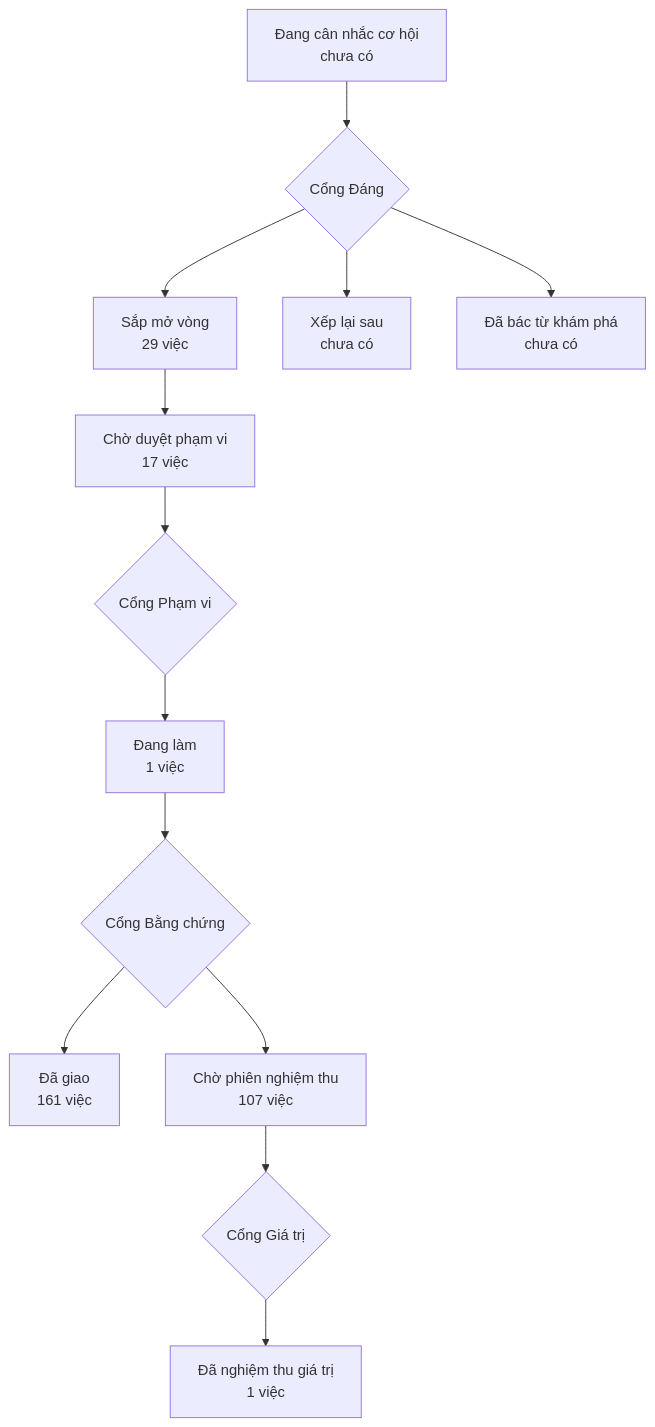
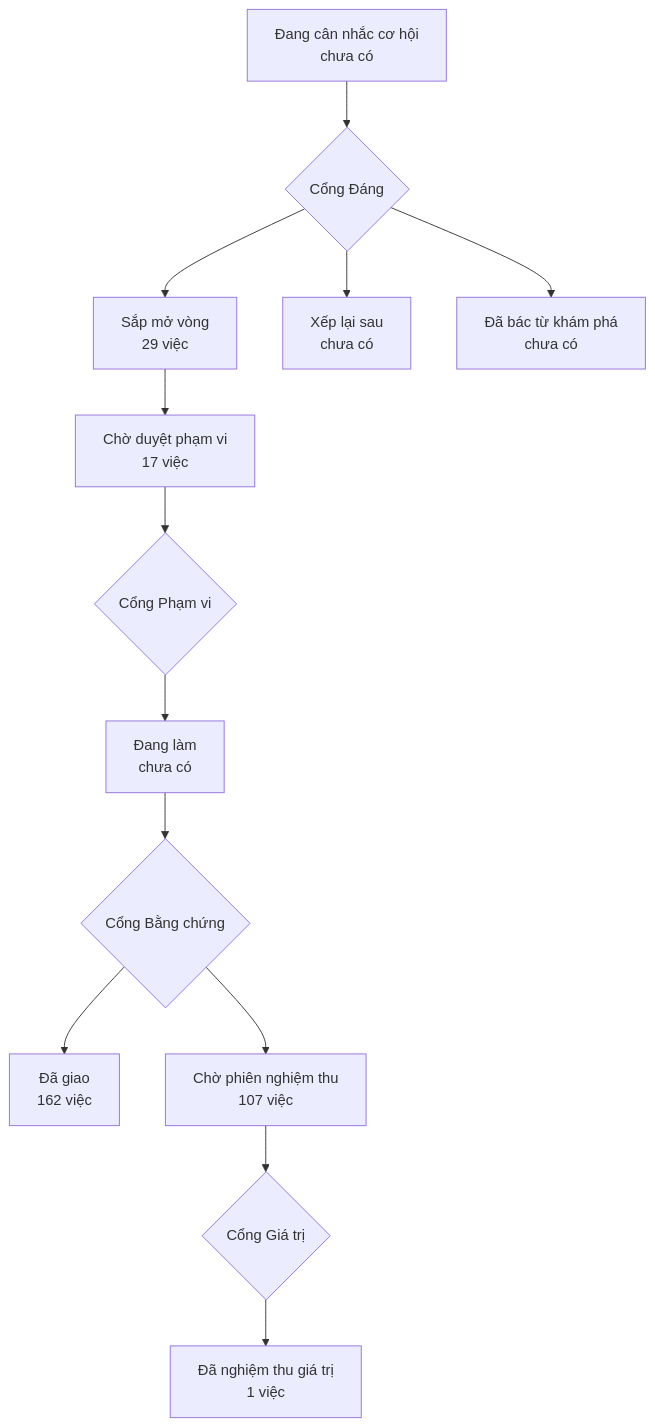
Before and after one commit to phanlemanh/onehub-invest: the diagram in PRODUCT-MAP.md, drawn with Mermaid. The commit also changed other lines of this file and 4 other files, not shown here.

````diff
--- a/PRODUCT-MAP.md
+++ b/PRODUCT-MAP.md
@@ -7,12 +7,12 @@
 ```mermaid
 flowchart TD
   A["Đang cân nhắc cơ hội<br/>chưa có"] --> GD{"Cổng Đáng"}
   GD --> B["Sắp mở vòng<br/>29 việc"]
   GD --> XL["Xếp lại sau<br/>chưa có"]
   GD --> DB["Đã bác từ khám phá<br/>chưa có"]
   B --> CD["Chờ duyệt phạm vi<br/>17 việc"] --> GP{"Cổng Phạm vi"}
-  GP --> DL["Đang làm<br/>1 việc"] --> GB{"Cổng Bằng chứng"}
-  GB --> DG["Đã giao<br/>161 việc"]
+  GP --> DL["Đang làm<br/>chưa có"] --> GB{"Cổng Bằng chứng"}
+  GB --> DG["Đã giao<br/>162 việc"]
   GB --> CN["Chờ phiên nghiệm thu<br/>107 việc"] --> GG{"Cổng Giá trị"}
   GG --> NT["Đã nghiệm thu giá trị<br/>1 việc"]
 ```
````
